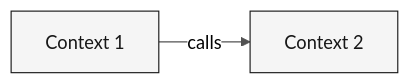
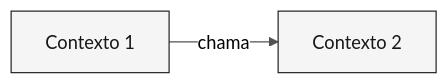
One commit to serpro-workshop-floripa/sifap-workshop-paula-00 changed the diagram in 02-modern-spec/templates/bounded-contexts.template.md. Above: the diagram before and after it, drawn with Mermaid. The commit also changed other lines of this file and 32 other files, not shown here.

Commit message:
Translate documentation from English to Portuguese across multiple stages, including dependency maps, glossaries, architectural decision records, specifications, and implementation guides. Ensure clarity and consistency in terminology while adapting content for a Portuguese-speaking audience.

````diff
--- a/02-modern-spec/templates/bounded-contexts.template.md
+++ b/02-modern-spec/templates/bounded-contexts.template.md
@@ -68,7 +68,7 @@
 ```mermaid
 %%{init: {'theme':'neutral','themeVariables':{'fontFamily':'ui-sans-serif, system-ui, sans-serif','primaryColor':'#F5F5F5','primaryTextColor':'#171717','primaryBorderColor':'#171717','lineColor':'#525252','secondaryColor':'#FFFFFF','tertiaryColor':'#FAFAFA','background':'#FFFFFF'}}}%%
 flowchart LR
     classDef ctx fill:#F5F5F5,stroke:#171717,color:#171717
 
-    CTX1["Context 1"]:::ctx -->|"calls"| CTX2["Context 2"]:::ctx
+    CTX1["Contexto 1"]:::ctx -->|"chama"| CTX2["Contexto 2"]:::ctx
 ```
````
